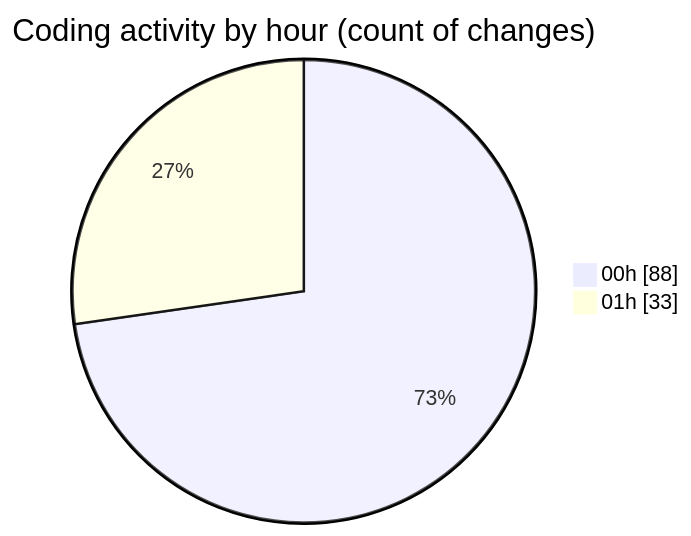
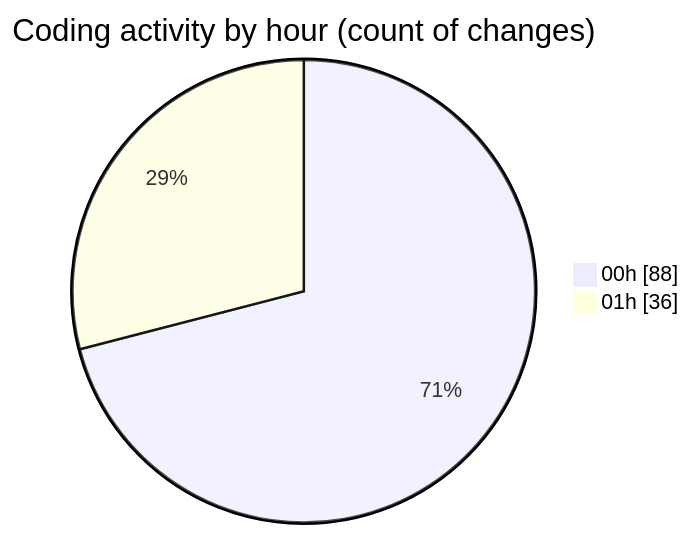
The second of 2 diagrams in 2025-08-16/rentotp/README.md (lephambinh05/code-tracking), drawn with Mermaid before and after one commit. The commit also changed other lines of this file and 1 other file, not shown here.

````diff
--- a/2025-08-16/rentotp/README.md
+++ b/2025-08-16/rentotp/README.md
@@ -46,6 +46,6 @@
 ```mermaid
 pie showData
 title Coding activity by hour (count of changes)
 "00h" : 88
-"01h" : 33
+"01h" : 36
 ```
````
